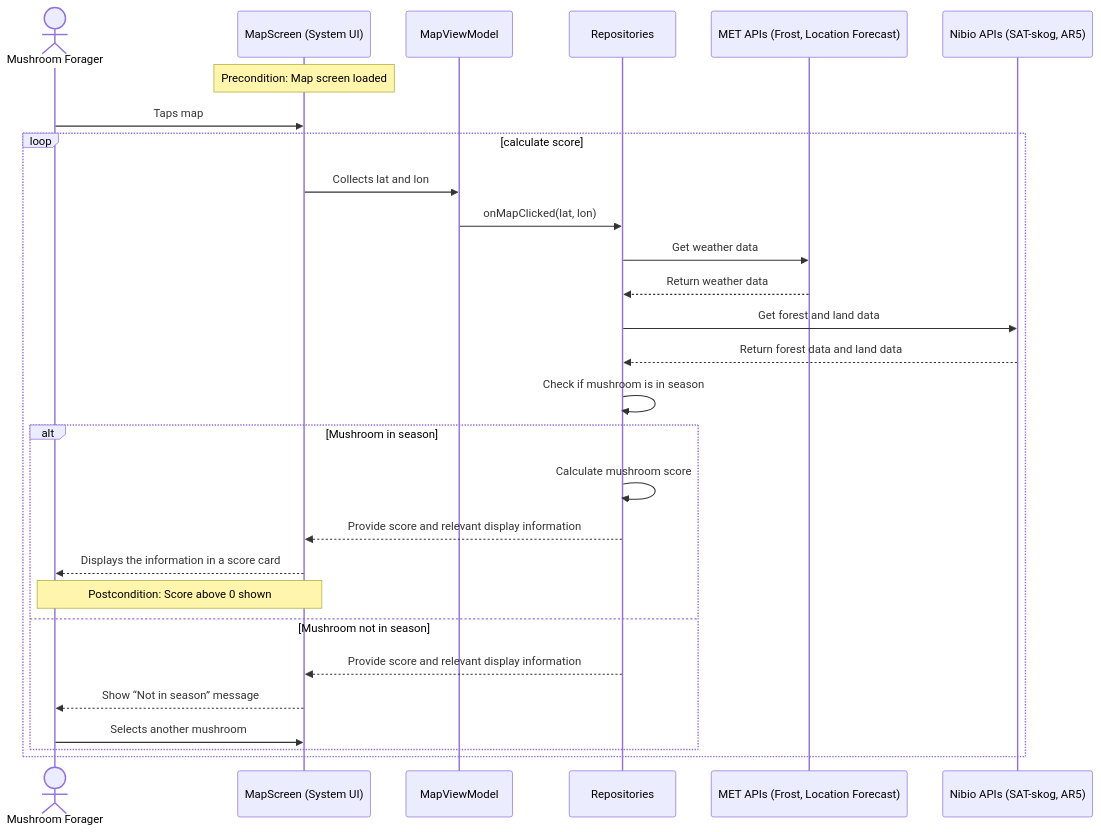
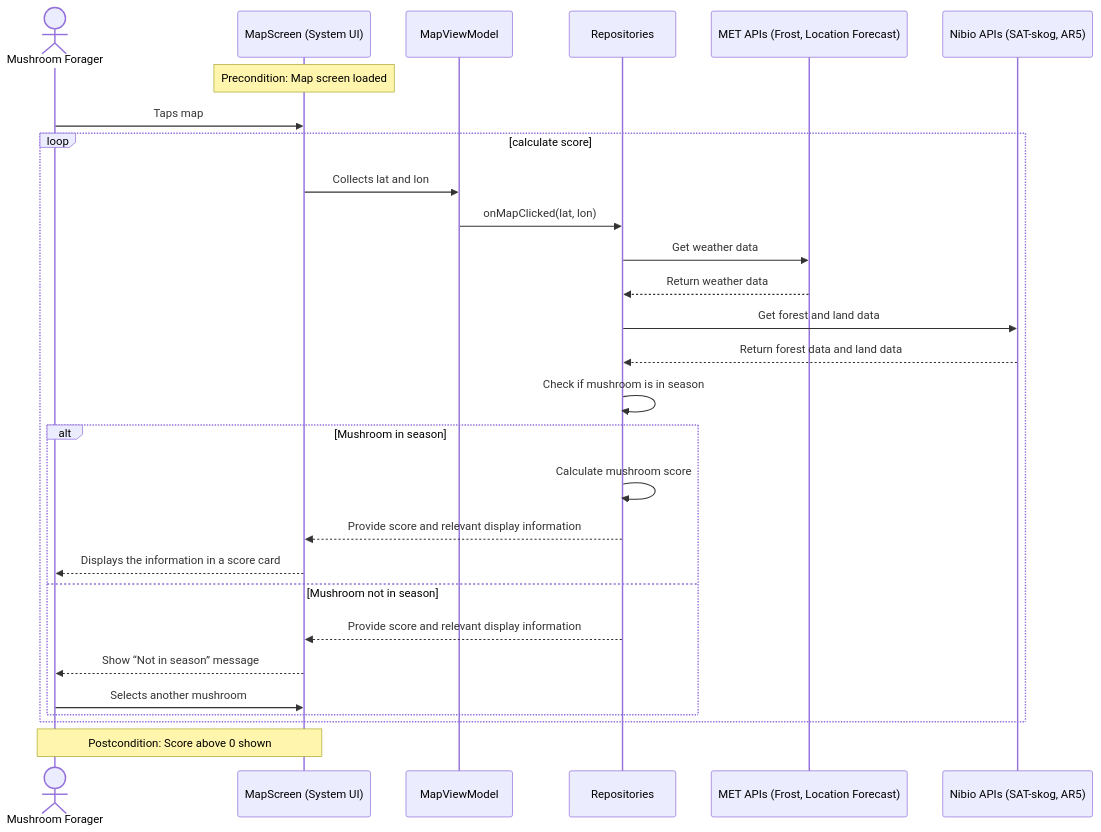
Before and after one commit to ipo321/SoppFinnerApp: the first of 7 diagrams in MODELLING.md, drawn with Mermaid. The commit also changed other lines of this file, not shown here.

````diff
--- a/MODELLING.md
+++ b/MODELLING.md
@@ -305,40 +314,40 @@
 ```mermaid
 ---
 config:
   layout: elk
 ---
 sequenceDiagram
     actor F as Mushroom Forager
     participant UI as MapScreen (System UI)
     participant V as MapViewModel
     participant P as Repositories
     participant M as MET APIs (Frost, Location Forecast)
     participant N as Nibio APIs (SAT-skog, AR5)
 
 
     Note over UI: Precondition: Map screen loaded
 
 
     F->>UI: Taps map
     loop calculate score
     UI->>V: Collects lat and lon
     V->>P: onMapClicked(lat, lon)
     P->>M: Get weather data
     M-->>P: Return weather data
     P->>N: Get forest and land data
     N-->>P: Return forest data and land data
     P->>P: Check if mushroom is in season
 
 
     alt Mushroom in season
         P->>P: Calculate mushroom score
         P-->>UI: Provide score and relevant display information
         UI-->>F: Displays the information in a score card
-        Note over UI,F: Postcondition: Score above 0 shown
     else Mushroom not in season
         P-->>UI: Provide score and relevant display information
         UI-->>F: Show “Not in season” message
         F->>UI: Selects another mushroom
     end
     end
+    Note over UI,F: Postcondition: Score above 0 shown
 ```
````
